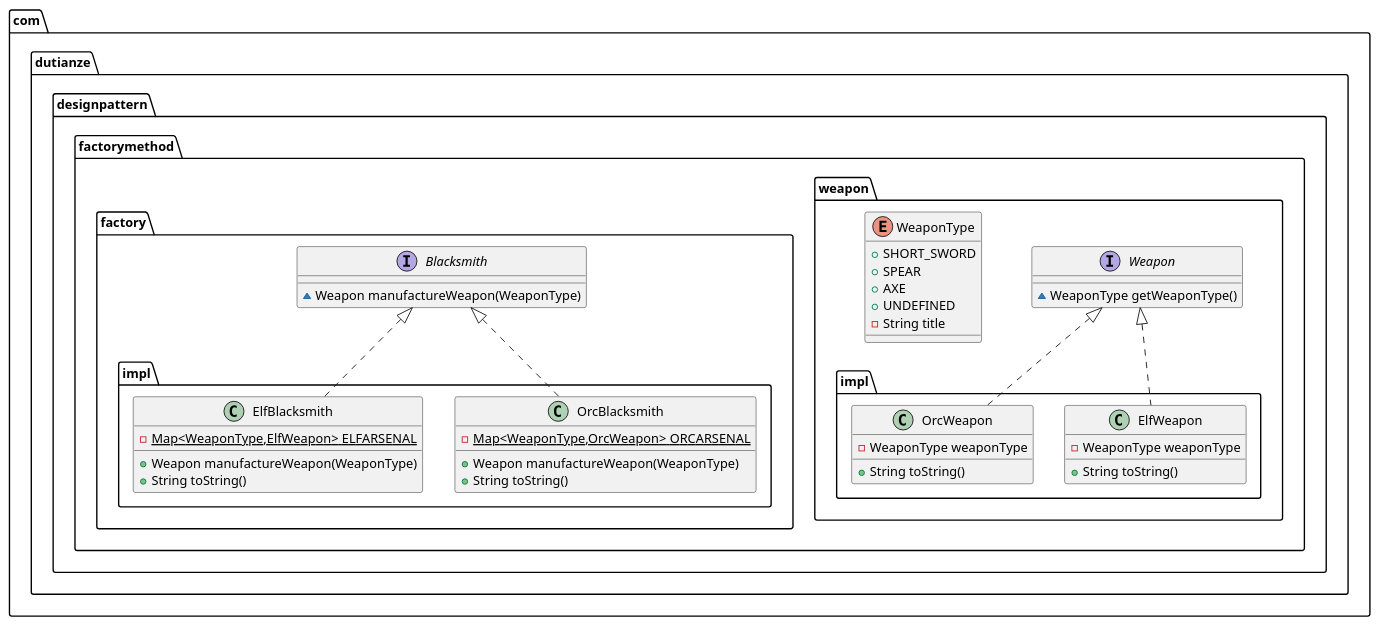
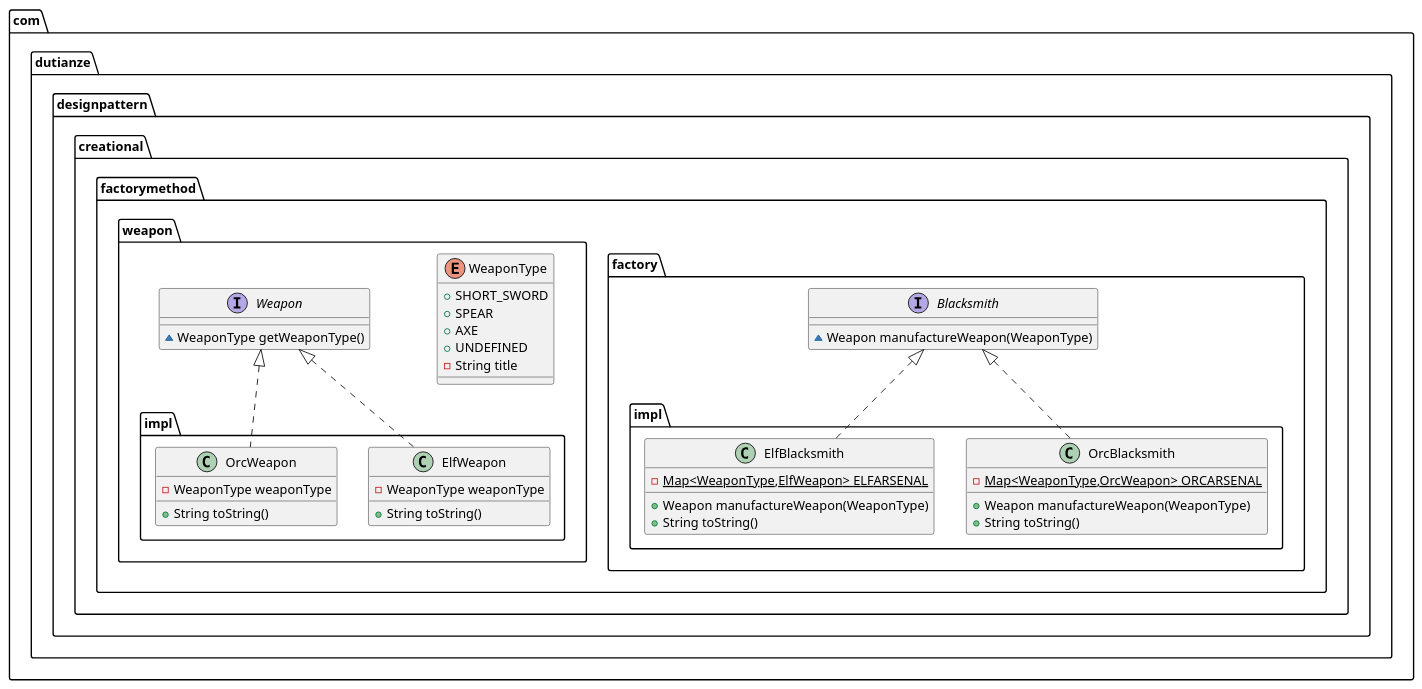
Before and after one commit to duTianze/my-java: the diagram in design/design-pattern/src/main/java/com/dutianze/designpattern/creational/factorymethod/factorymethod.puml, drawn with PlantUML. The commit also changed 35 other files, not shown here.

```diff
--- a/design/design-pattern/src/main/java/com/dutianze/designpattern/creational/factorymethod/factorymethod.puml
+++ b/design/design-pattern/src/main/java/com/dutianze/designpattern/creational/factorymethod/factorymethod.puml
@@ -1,39 +1,39 @@
 @startuml
-class com.dutianze.designpattern.factorymethod.weapon.impl.ElfWeapon {
-- WeaponType weaponType
-+ String toString()
-}
-class com.dutianze.designpattern.factorymethod.factory.impl.OrcBlacksmith {
+class com.dutianze.designpattern.creational.factorymethod.factory.impl.OrcBlacksmith {
 - {static} Map<WeaponType,OrcWeapon> ORCARSENAL
 + Weapon manufactureWeapon(WeaponType)
 + String toString()
 }
-interface com.dutianze.designpattern.factorymethod.weapon.Weapon {
-~ WeaponType getWeaponType()
+class com.dutianze.designpattern.creational.factorymethod.weapon.impl.ElfWeapon {
+- WeaponType weaponType
++ String toString()
 }
-interface com.dutianze.designpattern.factorymethod.factory.Blacksmith {
-~ Weapon manufactureWeapon(WeaponType)
-}
-enum com.dutianze.designpattern.factorymethod.weapon.WeaponType {
+enum com.dutianze.designpattern.creational.factorymethod.weapon.WeaponType {
 +  SHORT_SWORD
 +  SPEAR
 +  AXE
 +  UNDEFINED
 - String title
 }
-class com.dutianze.designpattern.factorymethod.weapon.impl.OrcWeapon {
+interface com.dutianze.designpattern.creational.factorymethod.weapon.Weapon {
+~ WeaponType getWeaponType()
+}
+class com.dutianze.designpattern.creational.factorymethod.weapon.impl.OrcWeapon {
 - WeaponType weaponType
 + String toString()
 }
-class com.dutianze.designpattern.factorymethod.factory.impl.ElfBlacksmith {
+class com.dutianze.designpattern.creational.factorymethod.factory.impl.ElfBlacksmith {
 - {static} Map<WeaponType,ElfWeapon> ELFARSENAL
 + Weapon manufactureWeapon(WeaponType)
 + String toString()
 }
+interface com.dutianze.designpattern.creational.factorymethod.factory.Blacksmith {
+~ Weapon manufactureWeapon(WeaponType)
+}
 
 
-com.dutianze.designpattern.factorymethod.weapon.Weapon <|.. com.dutianze.designpattern.factorymethod.weapon.impl.ElfWeapon
-com.dutianze.designpattern.factorymethod.factory.Blacksmith <|.. com.dutianze.designpattern.factorymethod.factory.impl.OrcBlacksmith
-com.dutianze.designpattern.factorymethod.weapon.Weapon <|.. com.dutianze.designpattern.factorymethod.weapon.impl.OrcWeapon
-com.dutianze.designpattern.factorymethod.factory.Blacksmith <|.. com.dutianze.designpattern.factorymethod.factory.impl.ElfBlacksmith
+com.dutianze.designpattern.creational.factorymethod.factory.Blacksmith <|.. com.dutianze.designpattern.creational.factorymethod.factory.impl.OrcBlacksmith
+com.dutianze.designpattern.creational.factorymethod.weapon.Weapon <|.. com.dutianze.designpattern.creational.factorymethod.weapon.impl.ElfWeapon
+com.dutianze.designpattern.creational.factorymethod.weapon.Weapon <|.. com.dutianze.designpattern.creational.factorymethod.weapon.impl.OrcWeapon
+com.dutianze.designpattern.creational.factorymethod.factory.Blacksmith <|.. com.dutianze.designpattern.creational.factorymethod.factory.impl.ElfBlacksmith
 @enduml
```
